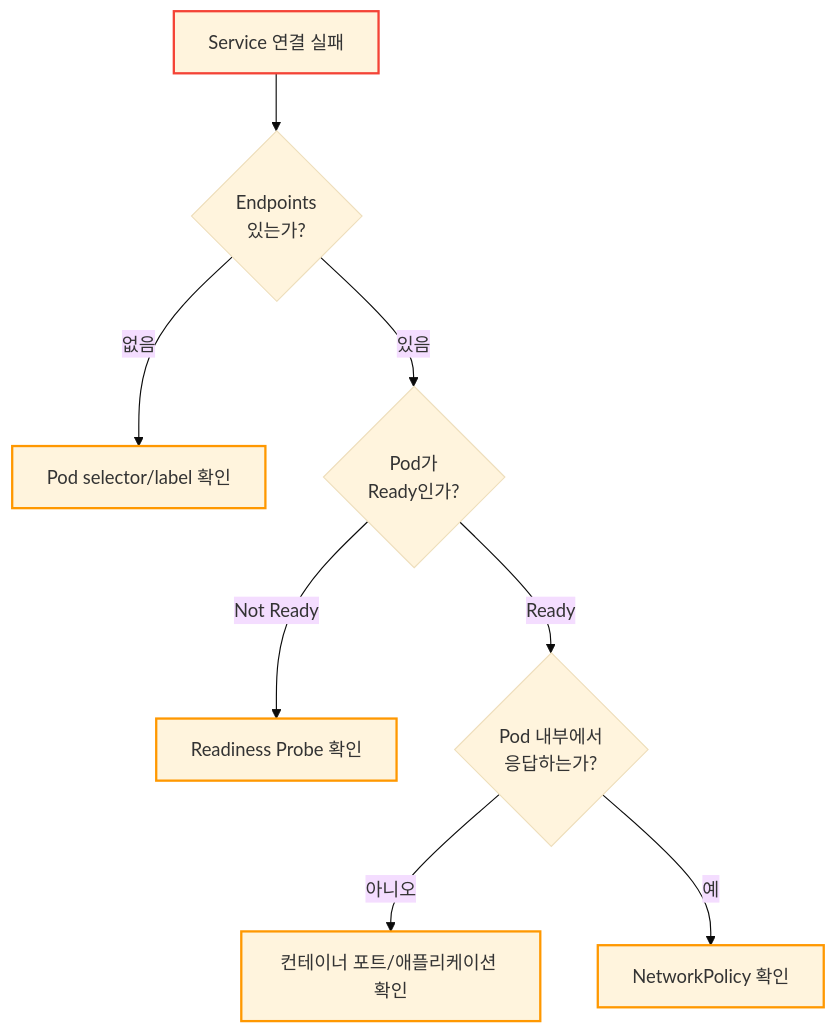
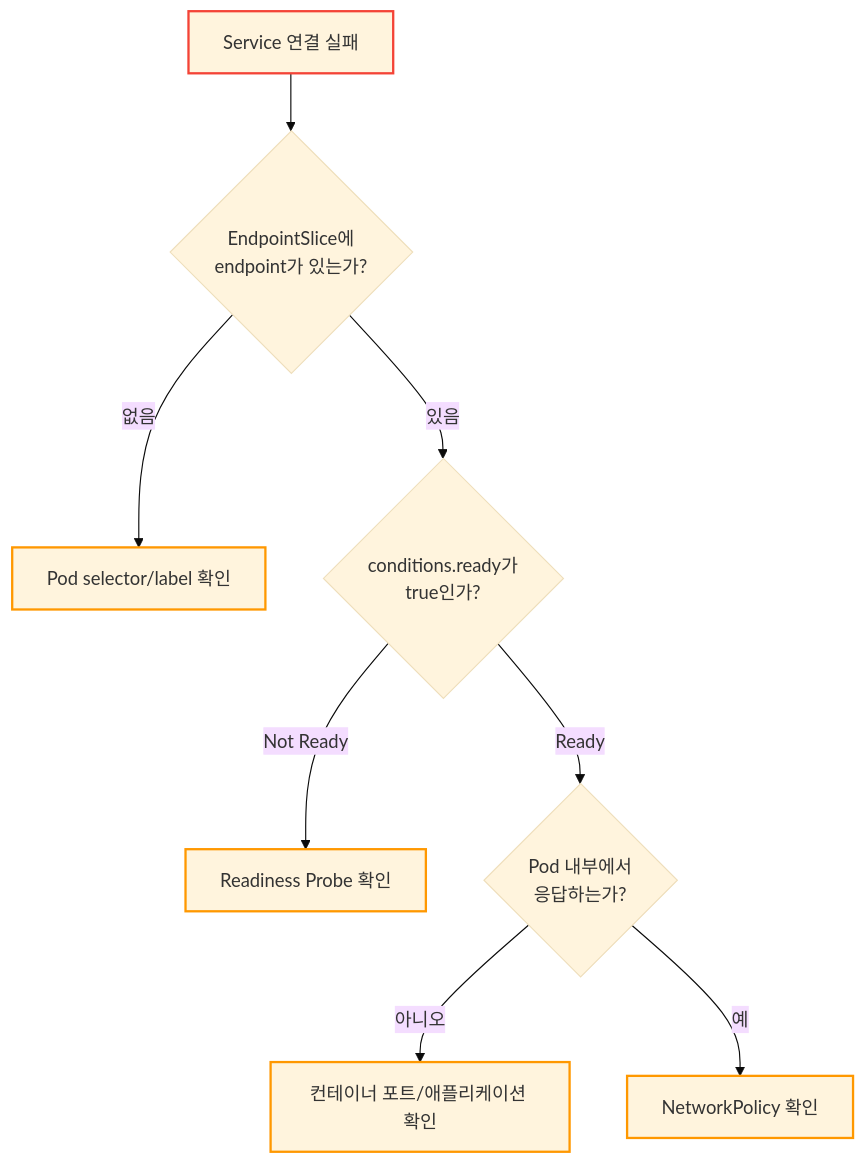
Diagram 14 of 15 in kubernetes/Kubernetes-Service-ClusterIP-NodePort-LoadBalancer.md (sskim91/TIL), drawn with Mermaid (base theme) before and after one commit. The commit also changed other lines of this file and 3 other files, not shown here.

````diff
--- a/kubernetes/Kubernetes-Service-ClusterIP-NodePort-LoadBalancer.md
+++ b/kubernetes/Kubernetes-Service-ClusterIP-NodePort-LoadBalancer.md
@@ -900,16 +662,16 @@
 ```mermaid
 flowchart TB
-    A["Service 연결 실패"] --> B{"Endpoints<br>있는가?"}
+    A["Service 연결 실패"] --> B{"EndpointSlice에<br>endpoint가 있는가?"}
     B -->|"없음"| C["Pod selector/label 확인"]
-    B -->|"있음"| D{"Pod가<br>Ready인가?"}
+    B -->|"있음"| D{"conditions.ready가<br>true인가?"}
     D -->|"Not Ready"| E["Readiness Probe 확인"]
     D -->|"Ready"| F{"Pod 내부에서<br>응답하는가?"}
     F -->|"아니오"| G["컨테이너 포트/애플리케이션 확인"]
     F -->|"예"| H["NetworkPolicy 확인"]
 
     style A stroke:#f44336,stroke-width:2px
     style C stroke:#FF9800,stroke-width:2px
     style E stroke:#FF9800,stroke-width:2px
     style G stroke:#FF9800,stroke-width:2px
     style H stroke:#FF9800,stroke-width:2px
 ```
````
